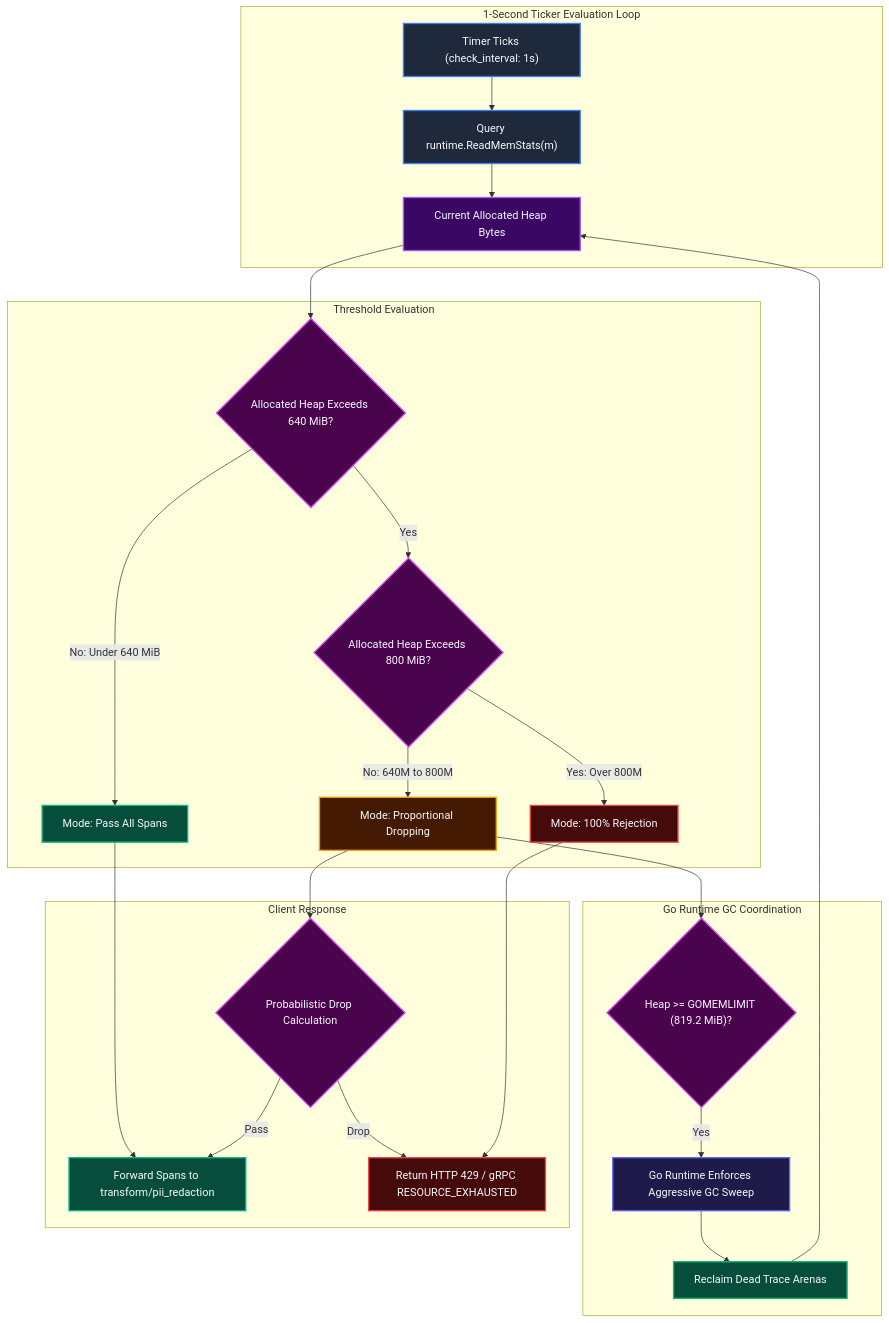
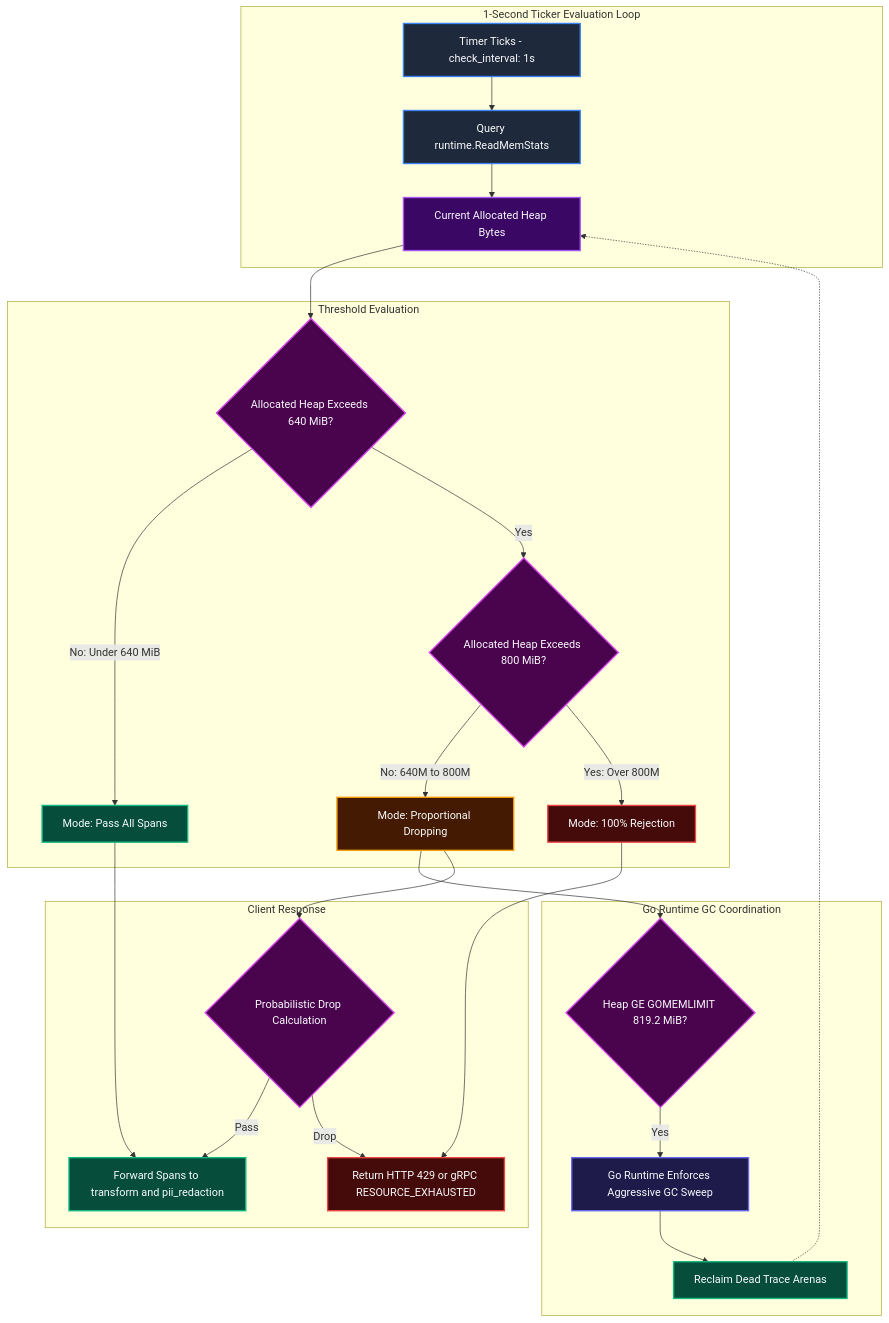
One commit to Chief-Strategist-J/llm-obs-infra changed the sixth of 22 diagrams in docs/configDoc/otel-collector-configuration-guide.md. Above: the diagram before and after it, drawn with Mermaid. The commit also changed other lines of this file, not shown here.

Commit message:
fix(docs): resolve all Mermaid diagram syntax and layout rendering issues in otel configuration guide

````diff
--- a/docs/configDoc/otel-collector-configuration-guide.md
+++ b/docs/configDoc/otel-collector-configuration-guide.md
@@ -824,45 +830,61 @@
 ```mermaid
 graph TD
     subgraph MonitorLoop ["1-Second Ticker Evaluation Loop"]
-        Tick["Timer Ticks (check_interval: 1s)"] --> InspectHeap["Query runtime.ReadMemStats(m)"]
+        Tick["Timer Ticks - check_interval: 1s"] --> InspectHeap["Query runtime.ReadMemStats"]
         InspectHeap --> AllocHeap["Current Allocated Heap Bytes"]
     end
 
     subgraph StateLogic ["Threshold Evaluation"]
-        AllocHeap --> CheckSoft{"Allocated Heap Exceeds 640 MiB?"}
-        CheckSoft -->|No: Under 640 MiB| NormalMode["Mode: Pass All Spans"]
-        CheckSoft -->|Yes| CheckHard{"Allocated Heap Exceeds 800 MiB?"}
-        CheckHard -->|No: 640M to 800M| SoftMode["Mode: Proportional Dropping"]
-        CheckHard -->|Yes: Over 800M| HardMode["Mode: 100% Rejection"]
+        CheckSoft{"Allocated Heap Exceeds 640 MiB?"}
+        CheckHard{"Allocated Heap Exceeds 800 MiB?"}
+        NormalMode["Mode: Pass All Spans"]
+        SoftMode["Mode: Proportional Dropping"]
+        HardMode["Mode: 100% Rejection"]
+
+        CheckSoft -->|No: Under 640 MiB| NormalMode
+        CheckSoft -->|Yes| CheckHard
+        CheckHard -->|No: 640M to 800M| SoftMode
+        CheckHard -->|Yes: Over 800M| HardMode
     end
 
     subgraph GCPacing ["Go Runtime GC Coordination"]
-        SoftMode --> GCMarginCheck{"Heap >= GOMEMLIMIT (819.2 MiB)?"}
-        GCMarginCheck -->|Yes| ForcedGC["Go Runtime Enforces Aggressive GC Sweep"]
-        ForcedGC --> ReclaimBuffers["Reclaim Dead Trace Arenas"]
-        ReclaimBuffers --> AllocHeap
+        GCMarginCheck{"Heap GE GOMEMLIMIT 819.2 MiB?"}
+        ForcedGC["Go Runtime Enforces Aggressive GC Sweep"]
+        ReclaimBuffers["Reclaim Dead Trace Arenas"]
+
+        GCMarginCheck -->|Yes| ForcedGC
+        ForcedGC --> ReclaimBuffers
     end
 
     subgraph ClientEnforcement ["Client Response"]
-        NormalMode --> ForwardPipeline["Forward Spans to transform/pii_redaction"]
-        SoftMode --> ProbDrop{"Probabilistic Drop Calculation"}
+        ForwardPipeline["Forward Spans to transform and pii_redaction"]
+        ProbDrop{"Probabilistic Drop Calculation"}
+        DropSignal["Return HTTP 429 or gRPC RESOURCE_EXHAUSTED"]
+
         ProbDrop -->|Pass| ForwardPipeline
-        ProbDrop -->|Drop| DropSignal["Return HTTP 429 / gRPC RESOURCE_EXHAUSTED"]
-        HardMode --> DropSignal
+        ProbDrop -->|Drop| DropSignal
     end
+
+    AllocHeap --> CheckSoft
+    SoftMode --> GCMarginCheck
+    ReclaimBuffers -.-> AllocHeap
+
+    NormalMode --> ForwardPipeline
+    SoftMode --> ProbDrop
+    HardMode --> DropSignal
 
     style Tick fill:#1e293b,stroke:#3b82f6,stroke-width:2px,color:#f8fafc
     style InspectHeap fill:#1e293b,stroke:#3b82f6,stroke-width:2px,color:#f8fafc
     style AllocHeap fill:#3b0764,stroke:#a855f7,stroke-width:2px,color:#f8fafc
     style CheckSoft fill:#4a044e,stroke:#d946ef,stroke-width:2px,color:#f8fafc
     style CheckHard fill:#4a044e,stroke:#d946ef,stroke-width:2px,color:#f8fafc
     style NormalMode fill:#064e3b,stroke:#10b981,stroke-width:2px,color:#f8fafc
     style SoftMode fill:#451a03,stroke:#f59e0b,stroke-width:2px,color:#f8fafc
     style HardMode fill:#450a0a,stroke:#ef4444,stroke-width:2px,color:#f8fafc
     style GCMarginCheck fill:#4a044e,stroke:#d946ef,stroke-width:2px,color:#f8fafc
     style ForcedGC fill:#1e1b4b,stroke:#6366f1,stroke-width:2px,color:#f8fafc
     style ReclaimBuffers fill:#064e3b,stroke:#10b981,stroke-width:2px,color:#f8fafc
     style ForwardPipeline fill:#064e3b,stroke:#10b981,stroke-width:2px,color:#f8fafc
     style ProbDrop fill:#4a044e,stroke:#d946ef,stroke-width:2px,color:#f8fafc
     style DropSignal fill:#450a0a,stroke:#ef4444,stroke-width:2px,color:#f8fafc
 ```
````
